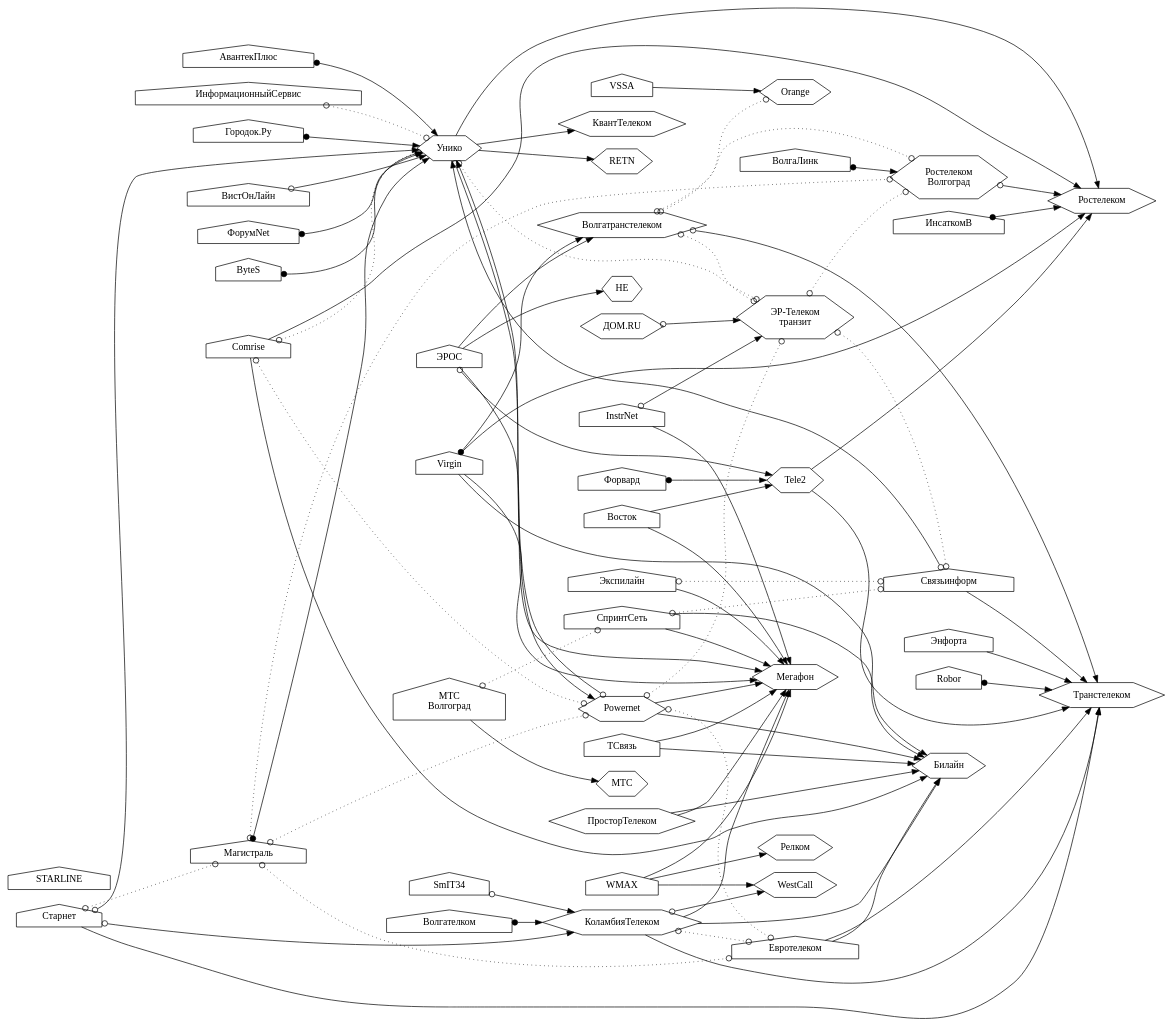
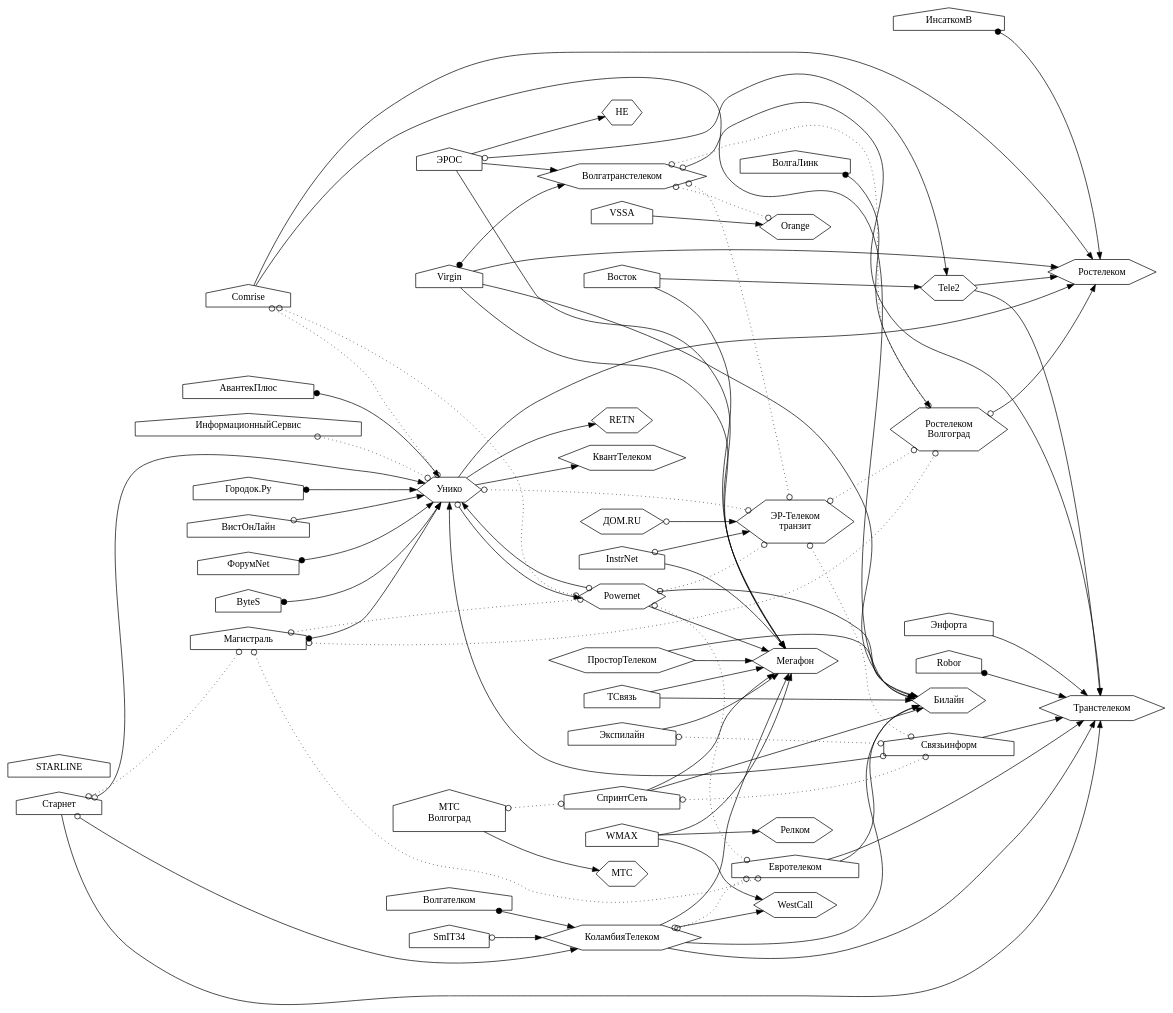
The diagram in docs/links/links.dot (Urlandi/elsv-v.ru), drawn with Graphviz before and after one commit. The commit also changed 321 other files, not shown here.

```diff
--- a/docs/links/links.dot
+++ b/docs/links/links.dot
@@ -1,192 +1,191 @@
 digraph ispgraph {
 
 rankdir = LR;
 node [shape=house;];
 
 Унико, ДомРу, ЭрТелеком, Транстелеком, Волгатранстелеком, Релком [shape=hexagon;];
 Мегафон, Вымпелком, КоламбияТелеком, Ростелеком, HE, КвантТелеком [shape=hexagon;];
 Tele2, МТС, ЮТК, Orange, ПросторТелеком, WestCall, Powernet, RETN [shape=hexagon;];
 
 ДомРу [label="ДОМ.RU"];
 ЭрТелеком [label="ЭР-Телеком\nтранзит"];
 МКС [label="МТС\nВолгоград"];
 ЮТК [label="Ростелеком\nВолгоград"];
 Вымпелком [label="Билайн"];
 ГородокТочкаРу [label="Городок.Ру"];
 
 subgraph backbone {/*Собственная опорная сеть*/
 Транстелеком;
 Мегафон;
 Вымпелком;
 Ростелеком;
 HE;
 МТС;
 Orange;
 ЭрТелеком;
 WestCall;
 };
 
 subgraph Ростелеком {/*Провайдеры члены Ростелеком*/
 Ростелеком;
 ЮТК;
 };
 
 subgraph ЭрТелекомХолдинг {/*ЭР-Телеком*/
 ДомРу;
 ЭрТелеком;
 };
 
 subgraph WestCall {/*Провайдеры члены WestCall*/
 WestCall;
 КоламбияТелеком;
 };
 
 {/*Отсутствует информация о подключении*/
 STARLINE;
 };
 
 
 {/*Магистральные связи*/
 
 Связьинформ -> Транстелеком;
 
 Tele2 -> Ростелеком;
 Tele2 -> Транстелеком;
 
 СпринтСеть -> Вымпелком;
 СпринтСеть -> Мегафон;
 
 Старнет -> Транстелеком;
 
 Экспилайн -> Мегафон;
 
 ЭРОС -> Волгатранстелеком;
 ЭРОС -> HE;
 ЭРОС -> Мегафон;
 
 Comrise -> Ростелеком;
 Comrise -> Вымпелком;
 
 МКС -> МТС;
 
 Powernet -> Мегафон;
 Powernet -> Вымпелком;
 
 VSSA -> Orange;
 
 Евротелеком -> Транстелеком;
 Евротелеком -> Вымпелком;
 
 КоламбияТелеком -> Транстелеком;
 КоламбияТелеком -> Вымпелком;
 КоламбияТелеком -> Мегафон;
 
 Virgin -> Вымпелком;
 Virgin -> Мегафон;
 Virgin -> Ростелеком;
 
 Унико -> Ростелеком;
 Унико -> RETN;
 Унико -> КвантТелеком;
 
 Энфорта -> Транстелеком;
 
 ПросторТелеком -> Вымпелком;
 ПросторТелеком -> Мегафон;
 
 WMAX -> Мегафон;
 WMAX -> WestCall;
 WMAX -> Релком;
 
 InstrNet -> Мегафон;
 
 ТСвязь -> Мегафон;
 ТСвязь -> Вымпелком;
 
 Восток -> Мегафон;
 Восток -> Tele2;
 
 {/*Пиринг с магистральным оператором*/
 edge [dir=both; arrowtail=odot;];
 
 Связьинформ -> Унико;
 
 Старнет -> КоламбияТелеком;
 Старнет -> Унико;
 
 ЭРОС -> Tele2;
 
 Powernet -> Унико;
 Унико -> Powernet;
 
 ЮТК -> Ростелеком;
 
 Волгатранстелеком -> Транстелеком;
 
 ВистОнЛайн -> Унико;
 
 ДомРу -> ЭрТелеком;
 
 InstrNet -> ЭрТелеком;
 
 КоламбияТелеком -> WestCall;
 
 SmIT34 -> КоламбияТелеком;
 
 };
 
 {/*Маршрутизация на оборудовании магистрального оператора*/
 edge [dir=both; arrowtail=dot;];
 
 ВолгаЛинк -> ЮТК;
 Волгателком -> КоламбияТелеком;
 ИнсаткомВ -> Ростелеком;
 Магистраль -> Унико;
 ГородокТочкаРу -> Унико;
-Форвард -> Tele2;
 ФорумNet -> Унико;
 ByteS -> Унико;
 АвантекПлюс -> Унико;
 Robor -> Транстелеком;
 Virgin -> Волгатранстелеком;
 };
 
 };
 
 {/*Пиринг*/
 
 edge [dir=both; arrowhead=odot; arrowtail=odot; style=dotted;];
 
 СпринтСеть -> Связьинформ;
 МКС -> СпринтСеть;
 
 Старнет -> Магистраль;
 
 Экспилайн -> Связьинформ;
 
 Comrise -> Унико;
 Comrise -> Powernet;
 
 Powernet -> ЭрТелеком;
 Powernet -> Евротелеком;
 
 КоламбияТелеком -> Евротелеком;
 
 Магистраль -> Powernet;
 Магистраль -> ЮТК;
 Магистраль -> Евротелеком;
 
 Унико -> ЭрТелеком;
 
 ИнформационныйСервис -> Унико;
 
 Волгатранстелеком -> ЮТК;
 Волгатранстелеком -> ЭрТелеком;
 Волгатранстелеком -> Orange;
 
 ЭрТелеком -> ЮТК;
 ЭрТелеком -> Связьинформ;
 
 };
 
 }
```
